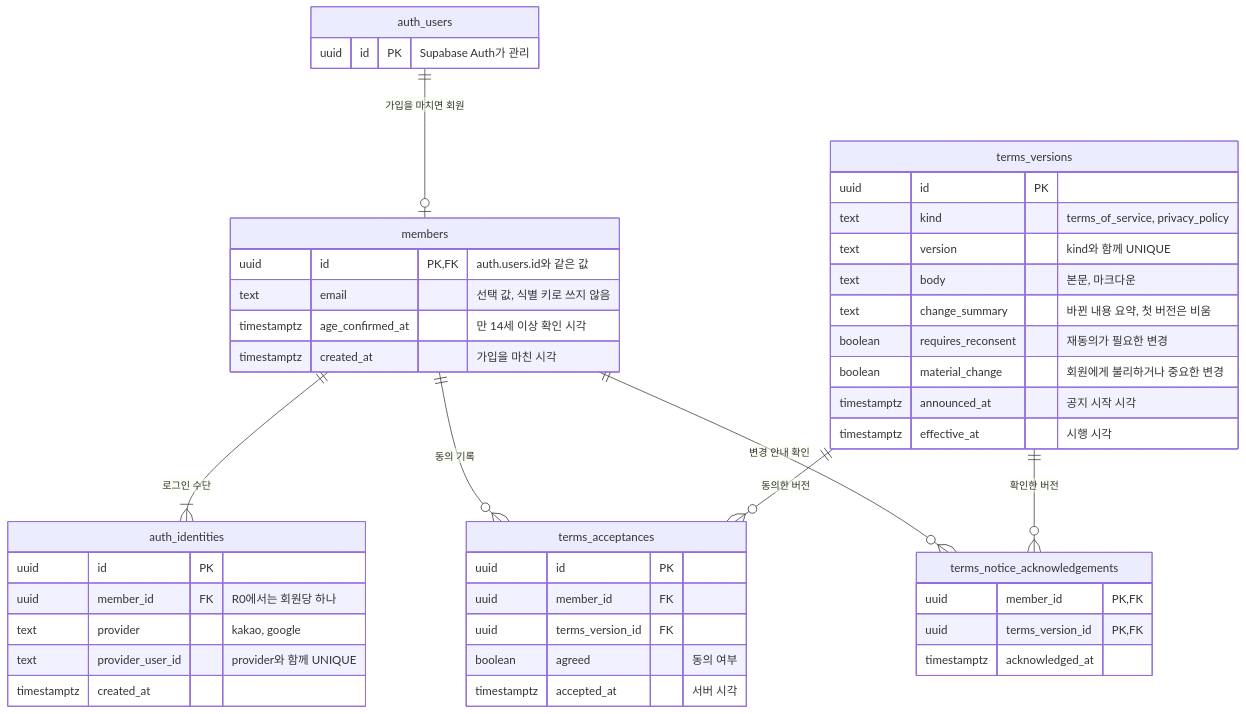
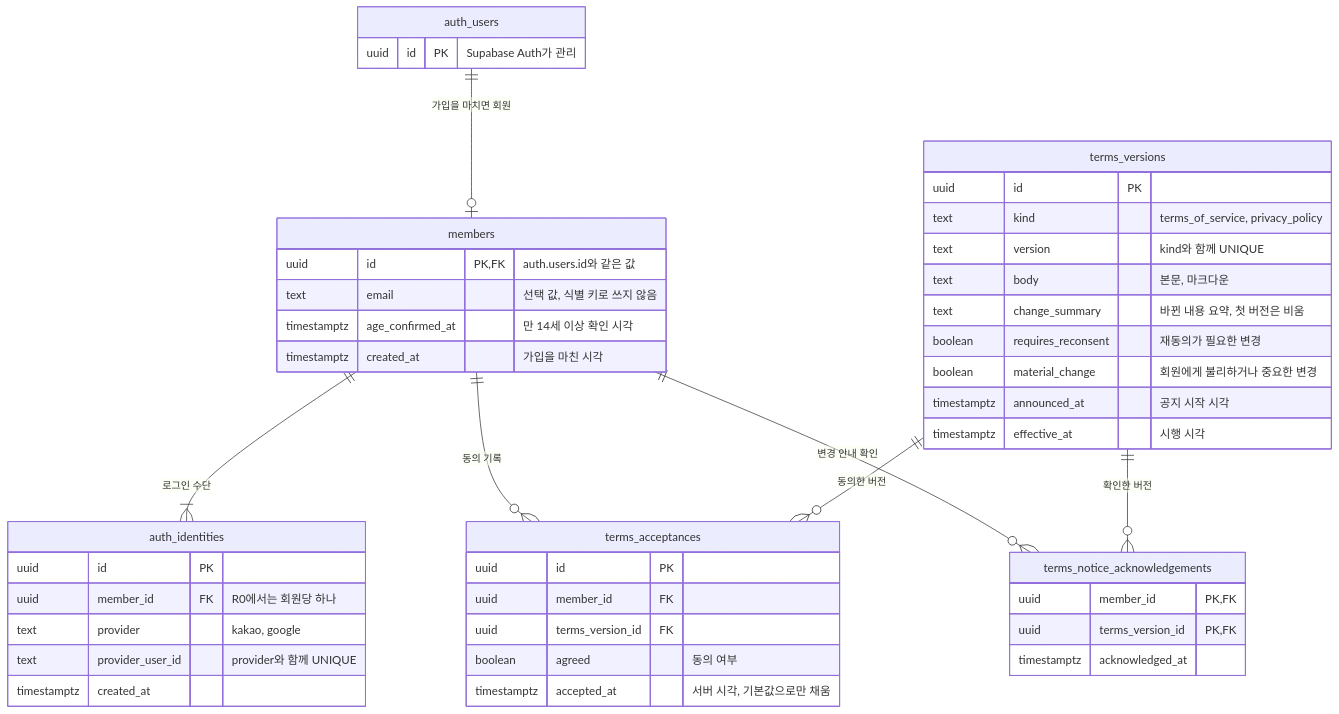
One commit to god3v/hamtteukka changed the first of 2 diagrams in docs/specs/001-account/design/erd.md. Above: the diagram before and after it, drawn with Mermaid. The commit also changed other lines of this file and 4 other files, not shown here.

````diff
--- a/docs/specs/001-account/design/erd.md
+++ b/docs/specs/001-account/design/erd.md
@@ -16,48 +16,48 @@
 ```mermaid
 erDiagram
   auth_users ||--o| members : "가입을 마치면 회원"
   members ||--|{ auth_identities : "로그인 수단"
   members ||--o{ terms_acceptances : "동의 기록"
   terms_versions ||--o{ terms_acceptances : "동의한 버전"
   members ||--o{ terms_notice_acknowledgements : "변경 안내 확인"
   terms_versions ||--o{ terms_notice_acknowledgements : "확인한 버전"
   auth_users {
     uuid id PK "Supabase Auth가 관리"
   }
   members {
     uuid id PK, FK "auth.users.id와 같은 값"
     text email "선택 값, 식별 키로 쓰지 않음"
     timestamptz age_confirmed_at "만 14세 이상 확인 시각"
     timestamptz created_at "가입을 마친 시각"
   }
   auth_identities {
     uuid id PK
     uuid member_id FK "R0에서는 회원당 하나"
     text provider "kakao, google"
     text provider_user_id "provider와 함께 UNIQUE"
     timestamptz created_at
   }
   terms_versions {
     uuid id PK
     text kind "terms_of_service, privacy_policy"
     text version "kind와 함께 UNIQUE"
     text body "본문, 마크다운"
     text change_summary "바뀐 내용 요약, 첫 버전은 비움"
     boolean requires_reconsent "재동의가 필요한 변경"
     boolean material_change "회원에게 불리하거나 중요한 변경"
     timestamptz announced_at "공지 시작 시각"
     timestamptz effective_at "시행 시각"
   }
   terms_acceptances {
     uuid id PK
     uuid member_id FK
     uuid terms_version_id FK
     boolean agreed "동의 여부"
-    timestamptz accepted_at "서버 시각"
+    timestamptz accepted_at "서버 시각, 기본값으로만 채움"
   }
   terms_notice_acknowledgements {
     uuid member_id PK, FK
     uuid terms_version_id PK, FK
     timestamptz acknowledged_at
   }
 ```
````
